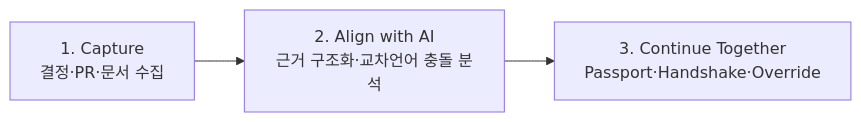
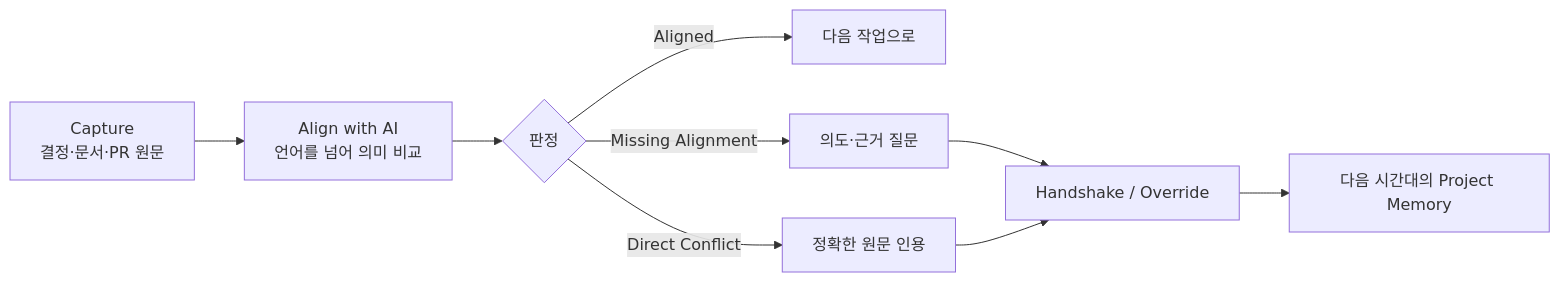
The diagram in README.md (gyutaetae/alignment-memory-fe), drawn with Mermaid before and after one commit. The commit also changed other lines of this file and 1 other file, not shown here.

````diff
--- a/README.md
+++ b/README.md
@@ -13,7 +31,11 @@
 ```mermaid
 flowchart LR
-    A["1. Capture<br/>결정·PR·문서 수집"]
-    B["2. Align with AI<br/>근거 구조화·교차언어 충돌 분석"]
-    C["3. Continue Together<br/>Passport·Handshake·Override"]
-    A --> B --> C
+    A["Capture<br/>결정·문서·PR 원문"] --> B["Align with AI<br/>언어를 넘어 의미 비교"]
+    B --> C{"판정"}
+    C -->|Aligned| D["다음 작업으로"]
+    C -->|Missing Alignment| E["의도·근거 질문"]
+    C -->|Direct Conflict| F["정확한 원문 인용"]
+    E --> G["Handshake / Override"]
+    F --> G
+    G --> H["다음 시간대의 Project Memory"]
 ```
````
